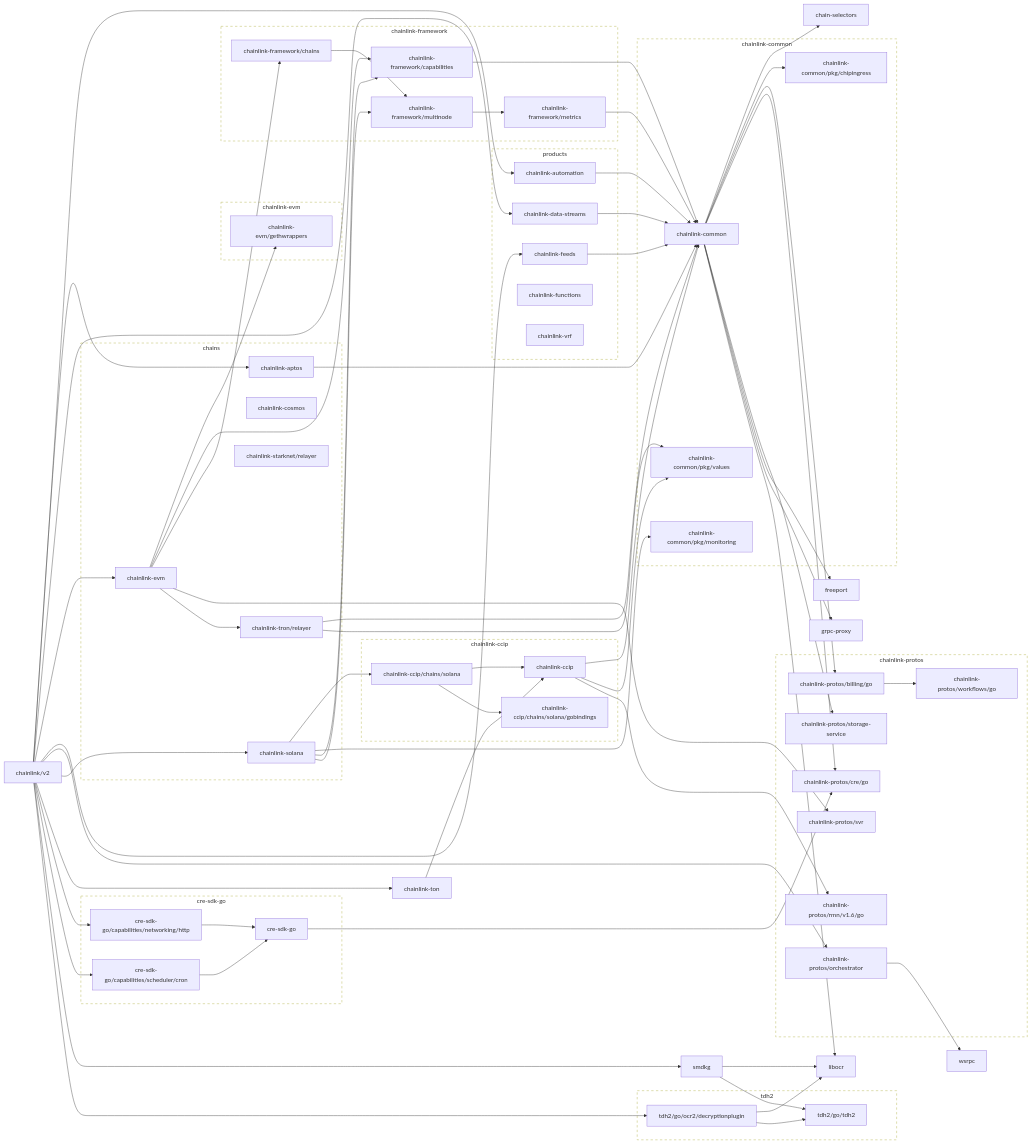
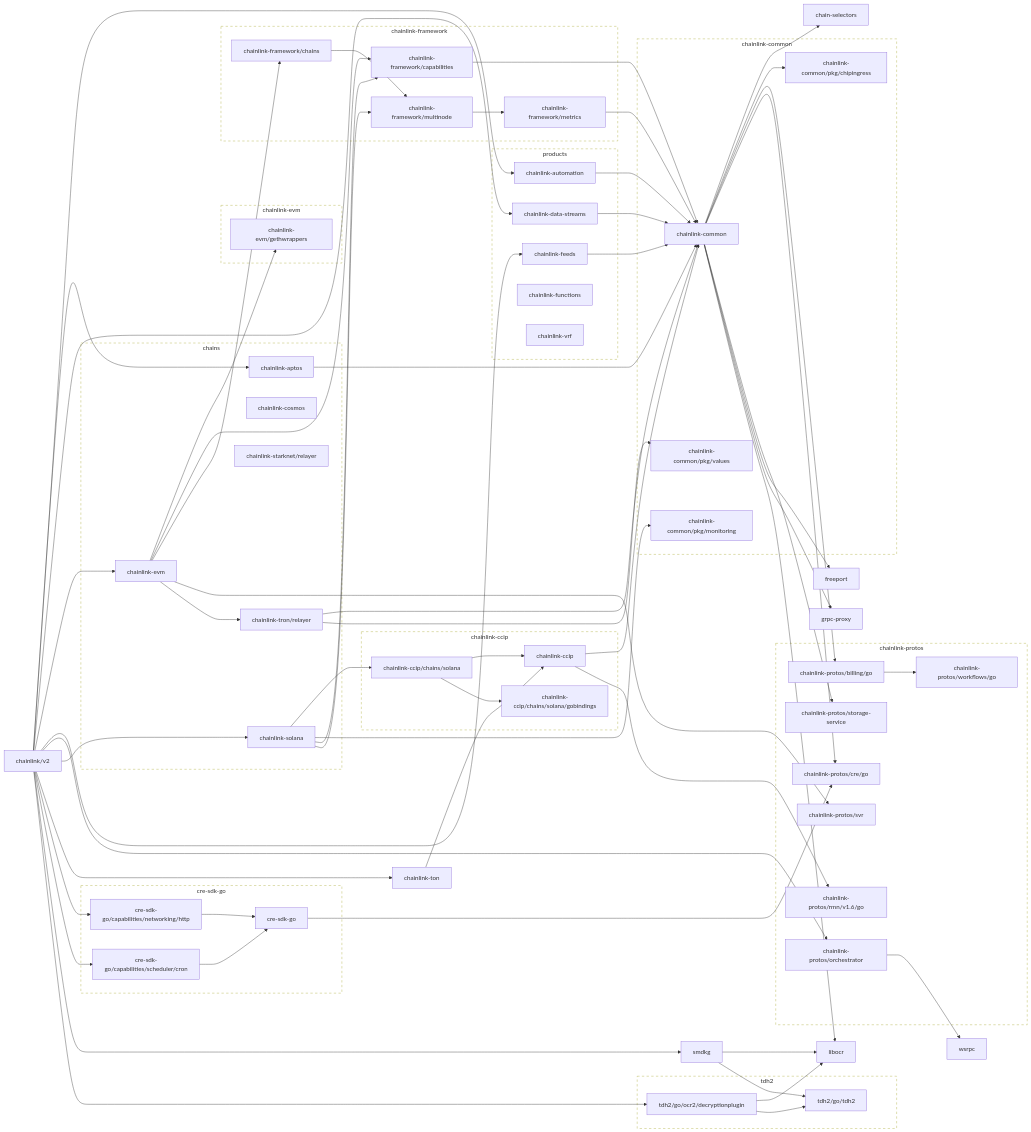
The first of 2 diagrams in go.md (JohnDaWalka/chainlink), drawn with Mermaid before and after one commit. The commit also changed 19 other files, not shown here.

```diff
--- a/go.md
+++ b/go.md
@@ -29,7 +29,6 @@
 	chainlink-automation --> chainlink-common
 	click chainlink-automation href "https://github.com/smartcontractkit/chainlink-automation"
 	chainlink-ccip --> chainlink-common
-	chainlink-ccip --> chainlink-common/pkg/values
 	chainlink-ccip --> chainlink-protos/rmn/v1.6/go
 	click chainlink-ccip href "https://github.com/smartcontractkit/chainlink-ccip"
 	chainlink-ccip/chains/solana --> chainlink-ccip
```
